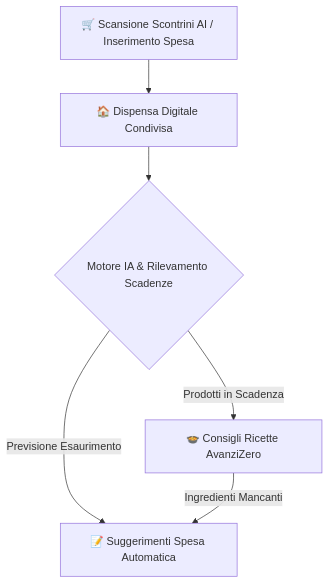
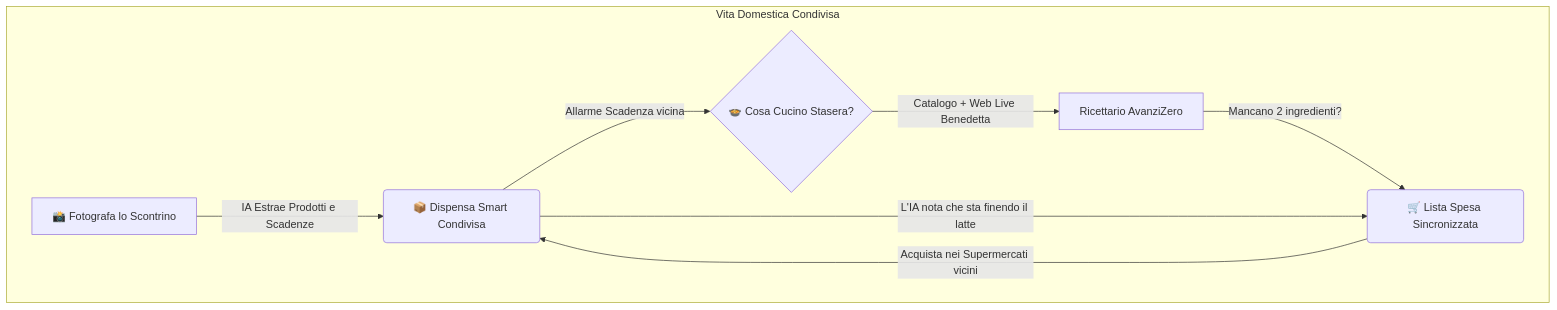
Before and after one commit to YuliaD2609/AvanziZero: the first of 2 diagrams in README.md, drawn with Mermaid. The commit also changed other lines of this file, not shown here.

Commit message:
docs: amplify README.md with exhaustive user-focused presentation of app features, benefits for roommates, and AvanziZero philosophy

````diff
--- a/README.md
+++ b/README.md
@@ -31,8 +42,11 @@
 ```mermaid
 flowchart TD
-    A[🛒 Scansione Scontrini AI / Inserimento Spesa] --> B[🏠 Dispensa Digitale Condivisa]
-    B --> C{Motore IA & Rilevamento Scadenze}
-    C -->|Prodotti in Scadenza| D[🍲 Consigli Ricette AvanziZero]
-    C -->|Previsione Esaurimento| E[📝 Suggerimenti Spesa Automatica]
-    D -->|Ingredienti Mancanti| E
+    subgraph Vita Domestica Condivisa
+        A[📸 Fotografa lo Scontrino] -->|IA Estrae Prodotti e Scadenze| B(📦 Dispensa Smart Condivisa)
+        B -->|Allarme Scadenza vicina| C{🍲 Cosa Cucino Stasera?}
+        C -->|Catalogo + Web Live Benedetta| D[Ricettario AvanziZero]
+        D -->|Mancano 2 ingredienti?| E(🛒 Lista Spesa Sincronizzata)
+        B -->|L'IA nota che sta finendo il latte| E
+        E -->|Acquista nei Supermercati vicini| B
+    end
 ```
````
